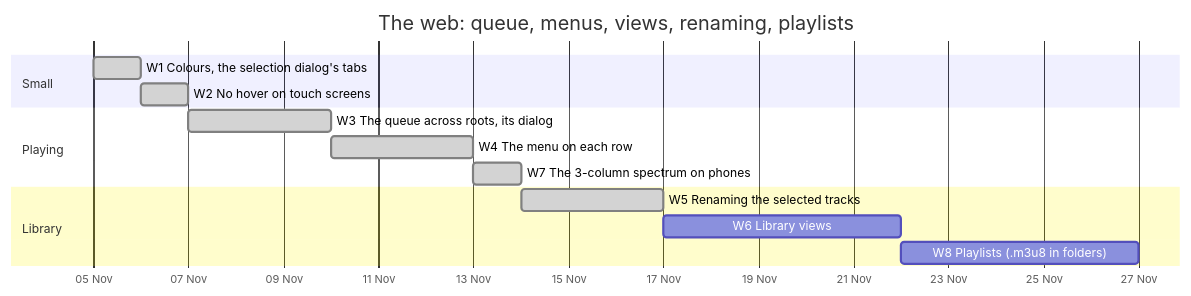
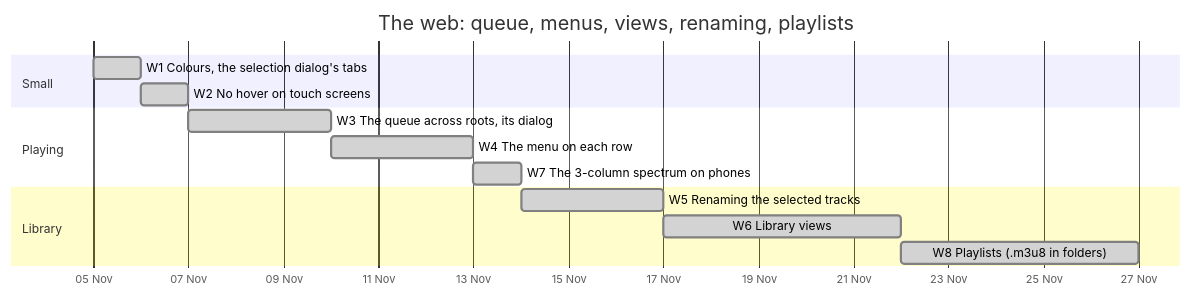
Before and after one commit to jgermade/jackbird: the diagram in ROADMAP/2026-11-04/web-queue-views-renaming.md, drawn with Mermaid. The commit also changed 30 other files, not shown here.

First line of the commit message:
feat(web): playlists as .m3u8 files, a sub-modal, the library's head (W8)

````diff
--- a/ROADMAP/2026-11-04/web-queue-views-renaming.md
+++ b/ROADMAP/2026-11-04/web-queue-views-renaming.md
@@ -13,17 +13,17 @@
 ```mermaid
 gantt
   title The web: queue, menus, views, renaming, playlists
   dateFormat YYYY-MM-DD
   axisFormat %d %b
   section Small
     W1 Colours, the selection dialog's tabs     :done, w1, 2026-11-05, 1d
     W2 No hover on touch screens                :done, w2, after w1, 1d
   section Playing
     W3 The queue across roots, its dialog       :done, w3, after w2, 3d
     W4 The menu on each row                     :done, w4, after w3, 3d
     W7 The 3-column spectrum on phones          :done, w7, after w4, 1d
   section Library
     W5 Renaming the selected tracks             :done, w5, after w7, 3d
-    W6 Library views                            :w6, after w5, 5d
-    W8 Playlists (.m3u8 in folders)             :w8, after w6, 5d
+    W6 Library views                            :done, w6, after w5, 5d
+    W8 Playlists (.m3u8 in folders)             :done, w8, after w6, 5d
 ```
````
